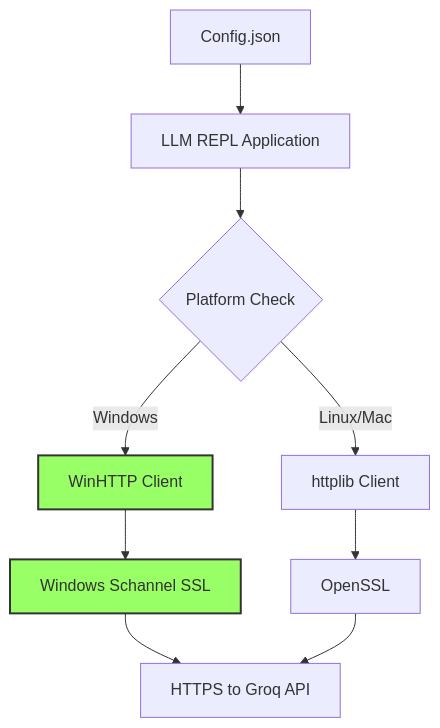
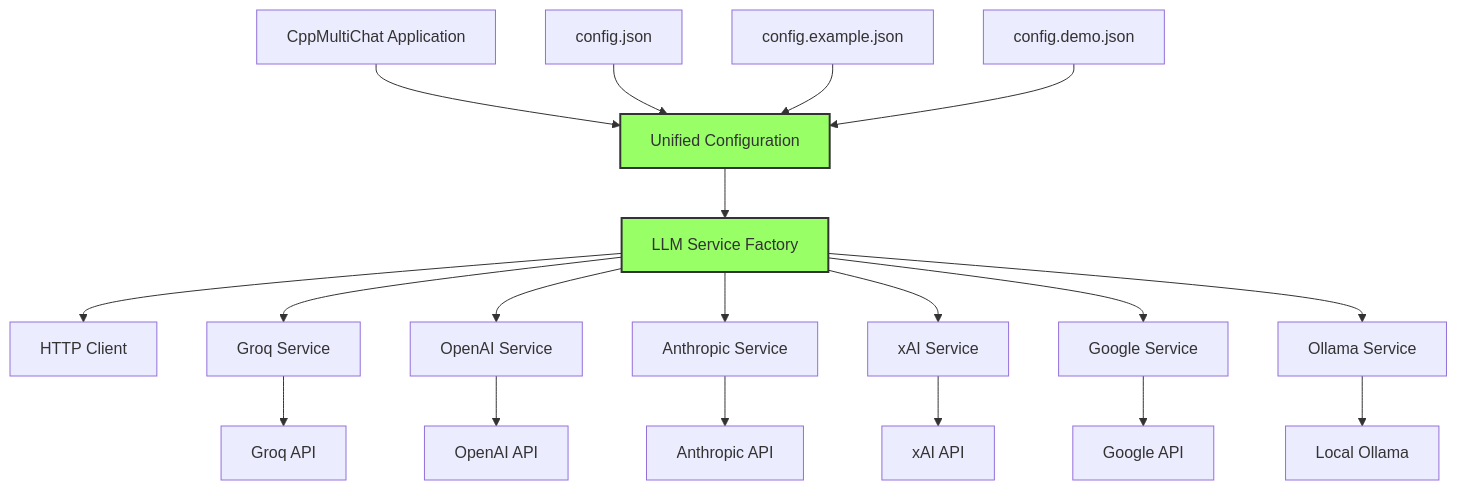
The first of 2 diagrams in SESSION_REPORT.md (cschladetsch/CppLlmCLI), drawn with Mermaid before and after one commit. The commit also changed other lines of this file and 3 other files, not shown here.

````diff
--- a/SESSION_REPORT.md
+++ b/SESSION_REPORT.md
@@ -27,14 +16,27 @@
 ```mermaid
 graph TD
-    A[LLM REPL Application] --> B{Platform Check}
-    B -->|Windows| C[WinHTTP Client]
-    B -->|Linux/Mac| D[httplib Client]
-    C --> E[Windows Schannel SSL]
-    D --> F[OpenSSL]
-    E --> G[HTTPS to Groq API]
-    F --> G
-    H[Config.json] --> A
+    A[CppMultiChat Application] --> B[Unified Configuration]
+    B --> C[LLM Service Factory]
+    C --> D[HTTP Client]
 
+    C --> E[Groq Service]
+    C --> F[OpenAI Service]
+    C --> G[Anthropic Service]
+    C --> H[xAI Service]
+    C --> I[Google Service]
+    C --> J[Ollama Service]
+
+    E --> K[Groq API]
+    F --> L[OpenAI API]
+    G --> M[Anthropic API]
+    H --> N[xAI API]
+    I --> O[Google API]
+    J --> P[Local Ollama]
+
+    Q[config.json] --> B
+    R[config.example.json] --> B
+    S[config.demo.json] --> B
+
+    style B fill:#9f6,stroke:#333,stroke-width:2px
     style C fill:#9f6,stroke:#333,stroke-width:2px
-    style E fill:#9f6,stroke:#333,stroke-width:2px
 ```
````
